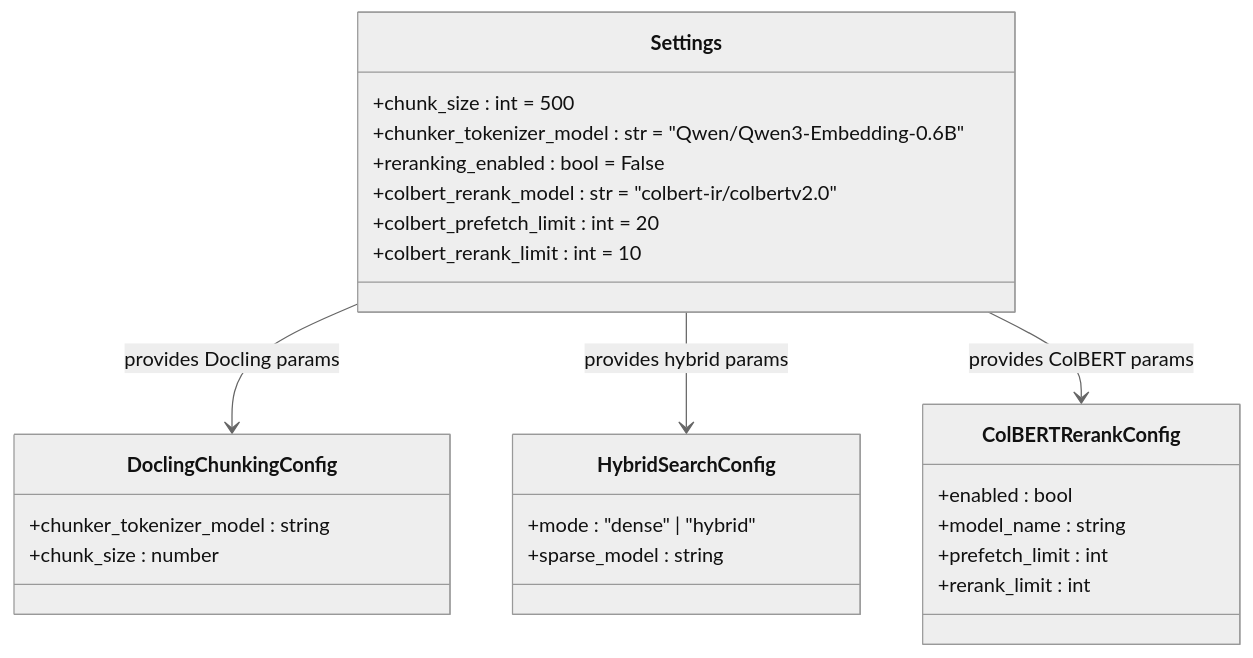
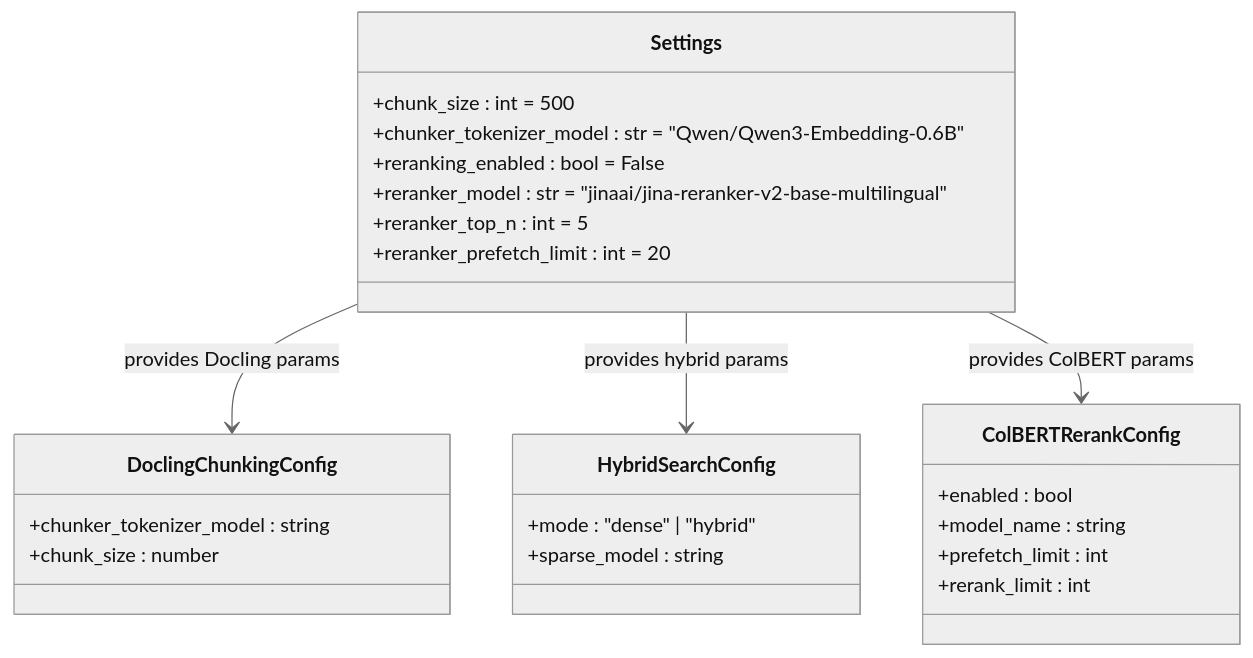
The seventh of 11 diagrams in .qoder/repowiki/en/content/RAG Integration/RAG Parser Enhancement.md (ognelis/cafetera_hr_bot), drawn with Mermaid (neutral theme) before and after one commit. The commit also changed other lines of this file and 14 other files, not shown here.

````diff
--- a/.qoder/repowiki/en/content/RAG Integration/RAG Parser Enhancement.md
+++ b/.qoder/repowiki/en/content/RAG Integration/RAG Parser Enhancement.md
@@ -373,28 +317,28 @@
 ```mermaid
 classDiagram
 class Settings {
 +chunk_size : int = 500
 +chunker_tokenizer_model : str = "Qwen/Qwen3-Embedding-0.6B"
 +reranking_enabled : bool = False
-+colbert_rerank_model : str = "colbert-ir/colbertv2.0"
-+colbert_prefetch_limit : int = 20
-+colbert_rerank_limit : int = 10
++reranker_model : str = "jinaai/jina-reranker-v2-base-multilingual"
++reranker_top_n : int = 5
++reranker_prefetch_limit : int = 20
 }
 class DoclingChunkingConfig {
 +chunker_tokenizer_model : string
 +chunk_size : number
 }
 class HybridSearchConfig {
 +mode : "dense" | "hybrid"
 +sparse_model : string
 }
 class ColBERTRerankConfig {
 +enabled : bool
 +model_name : string
 +prefetch_limit : int
 +rerank_limit : int
 }
 Settings --> DoclingChunkingConfig : provides Docling params
 Settings --> HybridSearchConfig : provides hybrid params
 Settings --> ColBERTRerankConfig : provides ColBERT params
 ```
````
